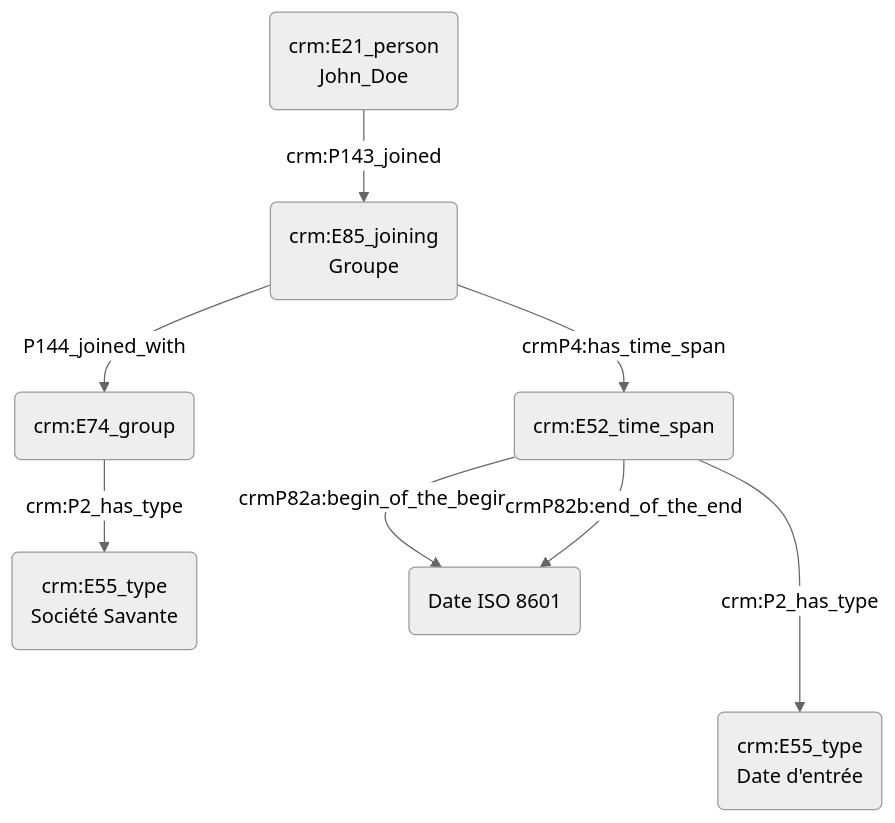
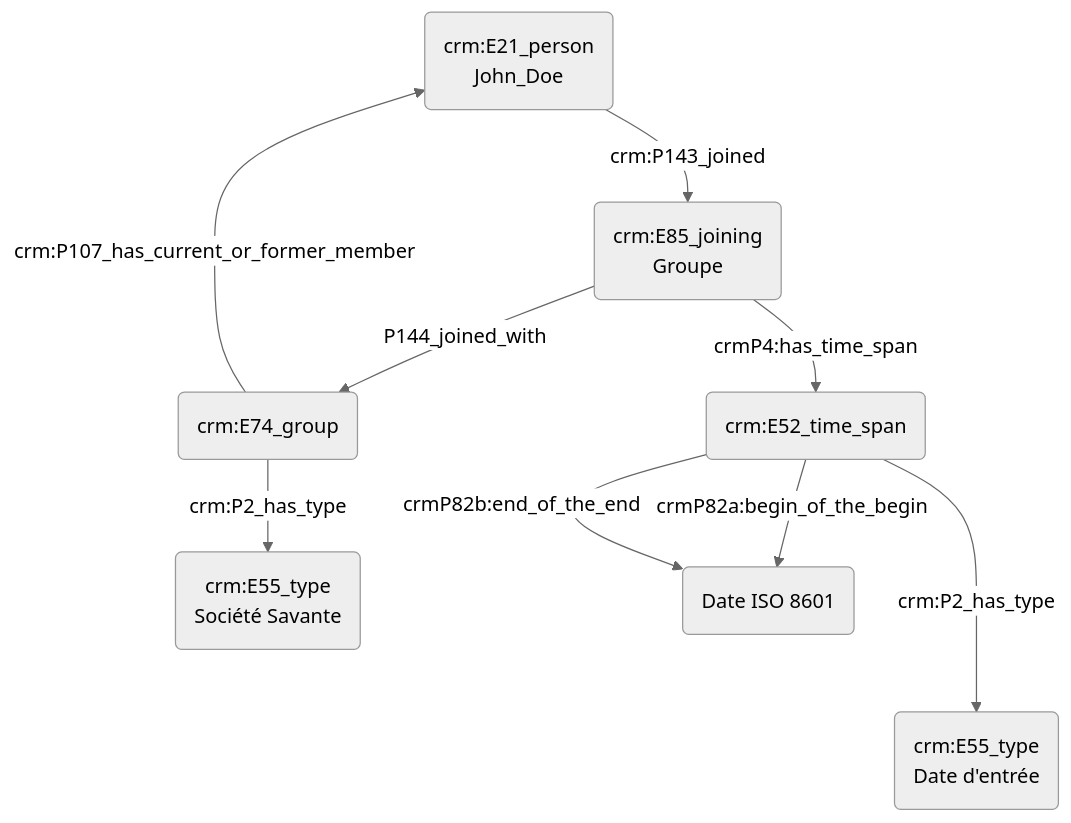
One commit to Amleth/consortium-musica2-gt2-ontologies changed the diagram in modules/livrables/Dossier 2/Prosopographie/appartenance à un groupe social.md. Above: the diagram before and after it, drawn with Mermaid (neutral theme).

Commit message:
Update appartenance à un groupe social.md

````diff
--- a/modules/livrables/Dossier 2/Prosopographie/appartenance à un groupe social.md
+++ b/modules/livrables/Dossier 2/Prosopographie/appartenance à un groupe social.md
@@ -11,13 +11,15 @@
 ```mermaid
 graph TD;
 
 A(crm:E21_person<br>John_Doe) -->|crm:P143_joined| B(crm:E85_joining<br>Groupe)
 B(crm:E85_joining<br>Groupe) --> |P144_joined_with| G(crm:E74_group)
 G(crm:E74_group) -->|crm:P2_has_type| C(crm:E55_type<br>Société Savante)
+G(crm:E74_group) --> |crm:P107_has_current_or_former_member| A(crm:E21_person<br>John_Doe)
+
 
 B(crm:E85_joining<br>Groupe) --> |crmP4:has_time_span| D(crm:E52_time_span)
 D(crm:E52_time_span) --> |crmP82a:begin_of_the_begin| E(Date ISO 8601)
 D(crm:E52_time_span) --> |crmP82b:end_of_the_end| E(Date ISO 8601)
 D(crm:E52_time_span) --->|crm:P2_has_type| F(crm:E55_type<br>Date d'entrée)
 
 ```
````
